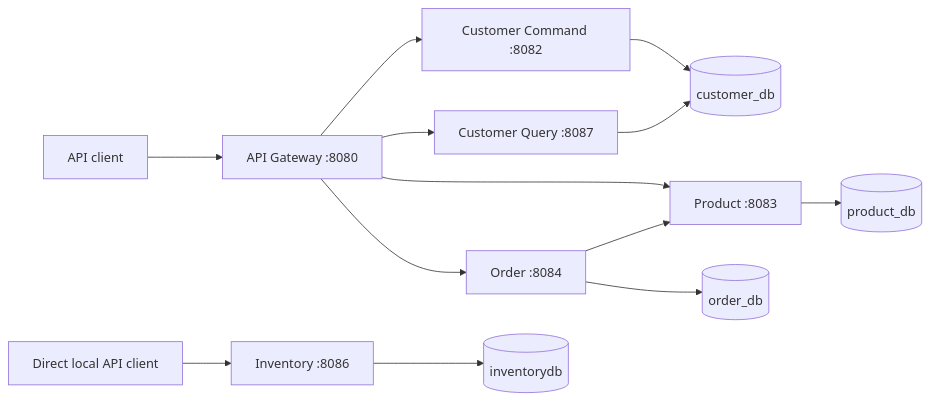
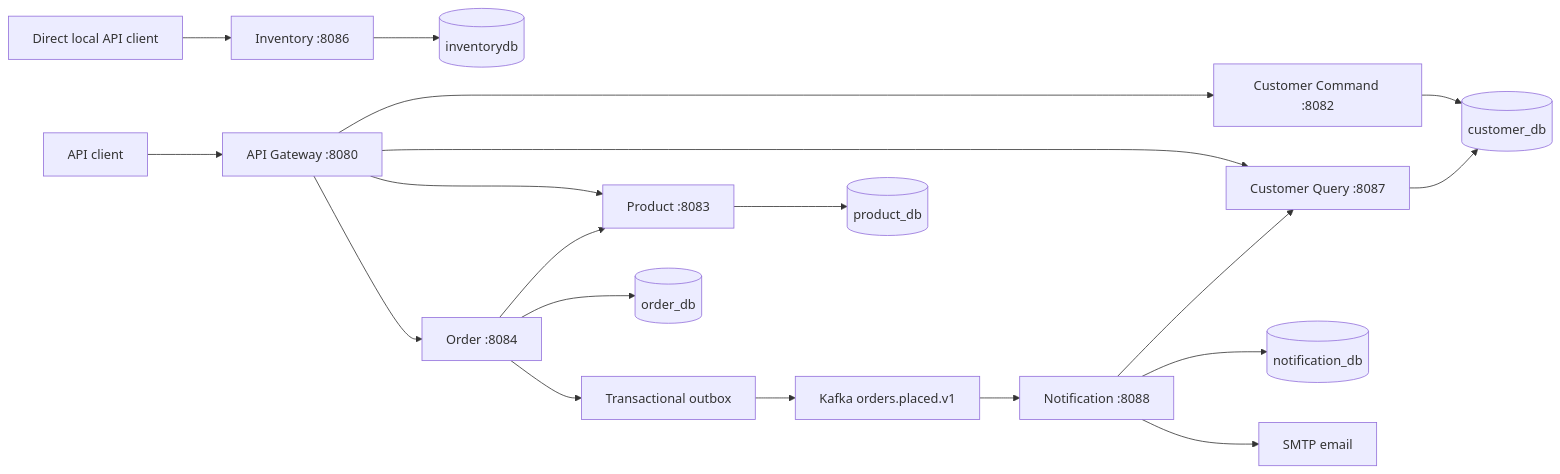
Before and after one commit to deepakmehraa01/Food-Delivery-App: the diagram in README.md, drawn with Mermaid. The commit also changed other lines of this file and 27 other files, not shown here.

Commit message:
Add Kafka order notifications and durable email delivery

````diff
--- a/README.md
+++ b/README.md
@@ -20,15 +21,21 @@
 ```mermaid
 flowchart LR
     Client[API client] --> Gateway[API Gateway :8080]
     Gateway --> Command[Customer Command :8082]
     Gateway --> Query[Customer Query :8087]
     Gateway --> Product[Product :8083]
     Gateway --> Order[Order :8084]
     Command --> Customers[(customer_db)]
     Query --> Customers
     Order --> Product
     Order --> Orders[(order_db)]
+    Order --> Outbox[Transactional outbox]
+    Outbox --> Kafka[Kafka orders.placed.v1]
+    Kafka --> Notification[Notification :8088]
+    Notification --> Query
+    Notification --> Inbox[(notification_db)]
+    Notification --> SMTP[SMTP email]
     Product --> Products[(product_db)]
     Local[Direct local API client] --> Inventory[Inventory :8086]
     Inventory --> Stock[(inventorydb)]
 ```
````
